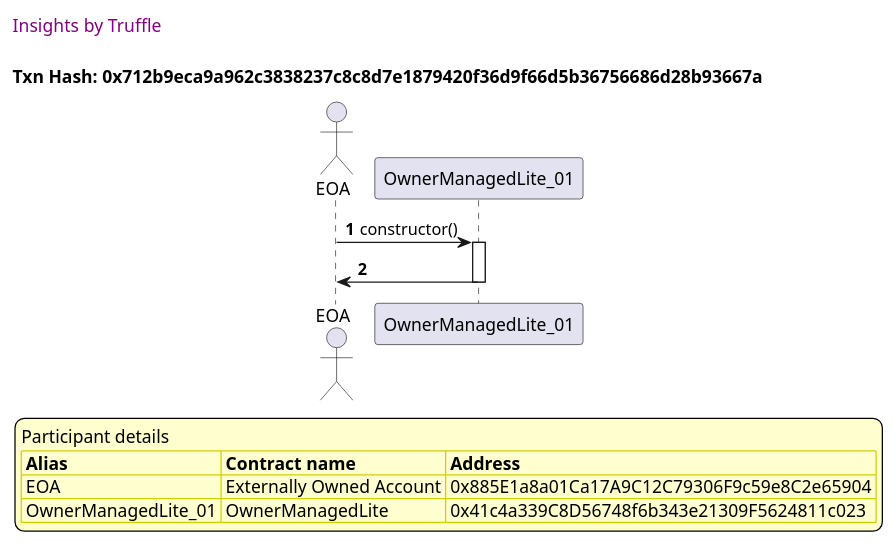
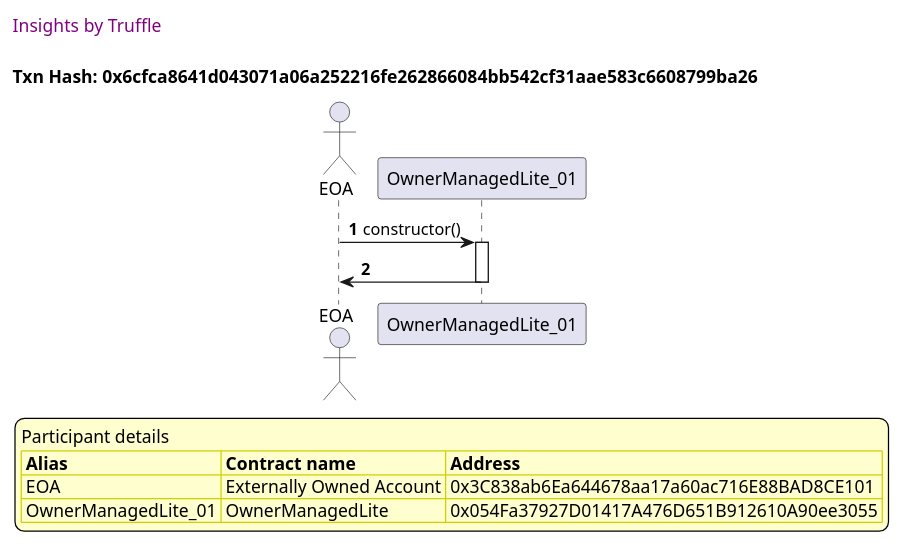
One commit to thedarkjester/ConsensysAssignment changed the fourth of 49 diagrams in truffle-seq/OwnerManagedLite_test_remove_owner.md. Above: the diagram before and after it, drawn with PlantUML. The commit also changed other lines of this file and 13 other files, not shown here.

````diff
--- a/truffle-seq/OwnerManagedLite_test_remove_owner.md
+++ b/truffle-seq/OwnerManagedLite_test_remove_owner.md
@@ -157,37 +157,37 @@
 ```plantuml
 
 
 @startuml
 
 autonumber
 skinparam legendBackgroundColor #FEFECE
 
 <style>
       header {
         HorizontalAlignment left
         FontColor purple
         FontSize 14
         Padding 10
       }
     </style>
 
 header Insights by Truffle
 
-title Txn Hash: 0x712b9eca9a962c3838237c8c8d7e1879420f36d9f66d5b36756686d28b93667a
+title Txn Hash: 0x6cfca8641d043071a06a252216fe262866084bb542cf31aae583c6608799ba26
 
 
 actor EOA as "EOA"
 participant OwnerManagedLite_01 as "OwnerManagedLite_01"
 
 "EOA" -> "OwnerManagedLite_01" ++: constructor()
 "OwnerManagedLite_01" -> "EOA" --: 
 
 legend
 Participant details
 <#FEFECE,#D0D000>|= Alias |= Contract name |= Address |
-<#FEFECE>| EOA | Externally Owned Account | 0x885E1a8a01Ca17A9C12C79306F9c59e8C2e65904 |
-<#FEFECE>| OwnerManagedLite_01 | OwnerManagedLite | 0x41c4a339C8D56748f6b343e21309F5624811c023 |
+<#FEFECE>| EOA | Externally Owned Account | 0x3C838ab6Ea644678aa17a60ac716E88BAD8CE101 |
+<#FEFECE>| OwnerManagedLite_01 | OwnerManagedLite | 0x054Fa37927D01417A476D651B912610A90ee3055 |
 endlegend
 
 @enduml
 ```
````
